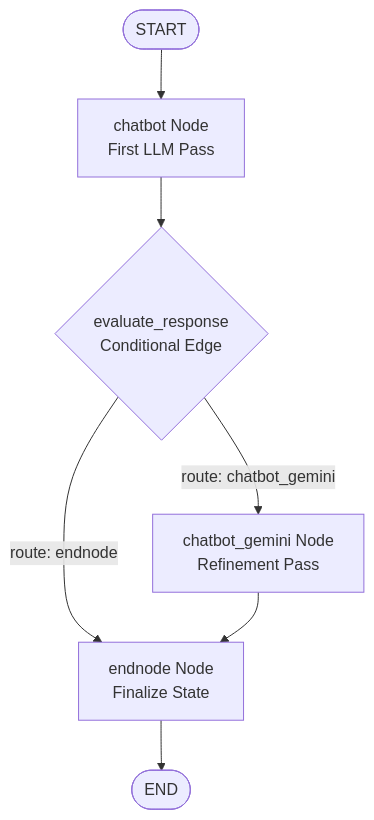
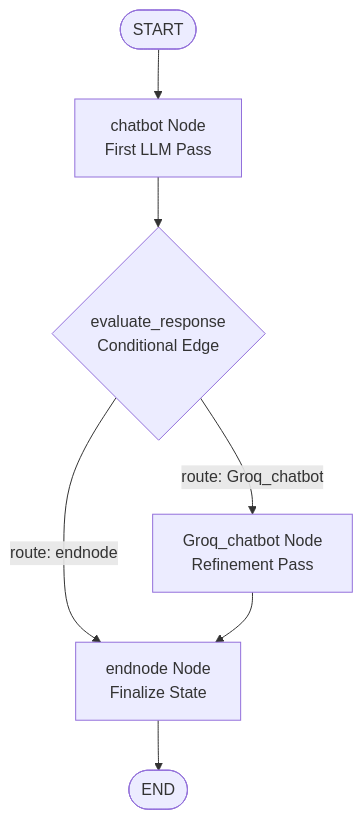
Before and after one commit to Rohit18457/LangGraph_learning: the second of 3 diagrams in README.md, drawn with Mermaid. The commit also changed 1 other file, not shown here.

Commit message:
refactor: rename chatbot_gemini to Groq_chatbot

````diff
--- a/README.md
+++ b/README.md
@@ -37,9 +37,9 @@
 ```mermaid
 flowchart TD
     START([START]) --> chatbot[chatbot Node\nFirst LLM Pass]
     chatbot --> evaluate{evaluate_response\nConditional Edge}
-    evaluate -- route: chatbot_gemini --> chatbot_gemini[chatbot_gemini Node\nRefinement Pass]
+    evaluate -- route: Groq_chatbot --> Groq_chatbot[Groq_chatbot Node\nRefinement Pass]
     evaluate -- route: endnode --> endnode[endnode Node\nFinalize State]
-    chatbot_gemini --> endnode
+    Groq_chatbot --> endnode
     endnode --> END([END])
 ```
````
